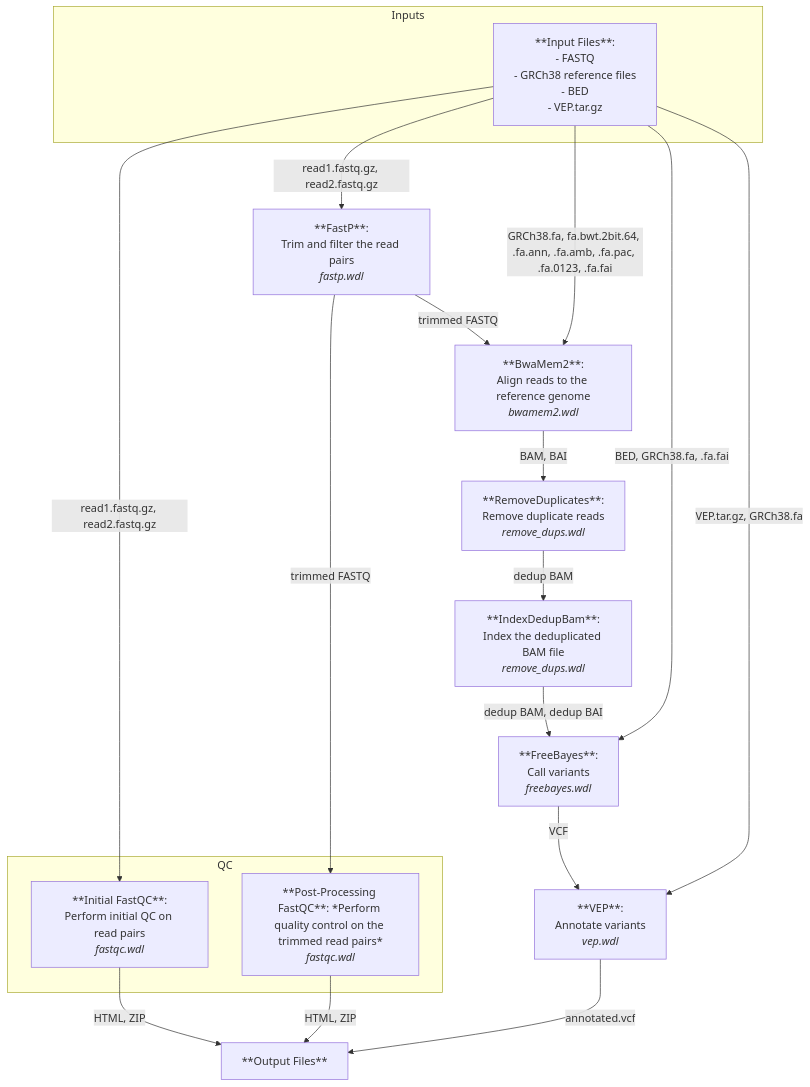
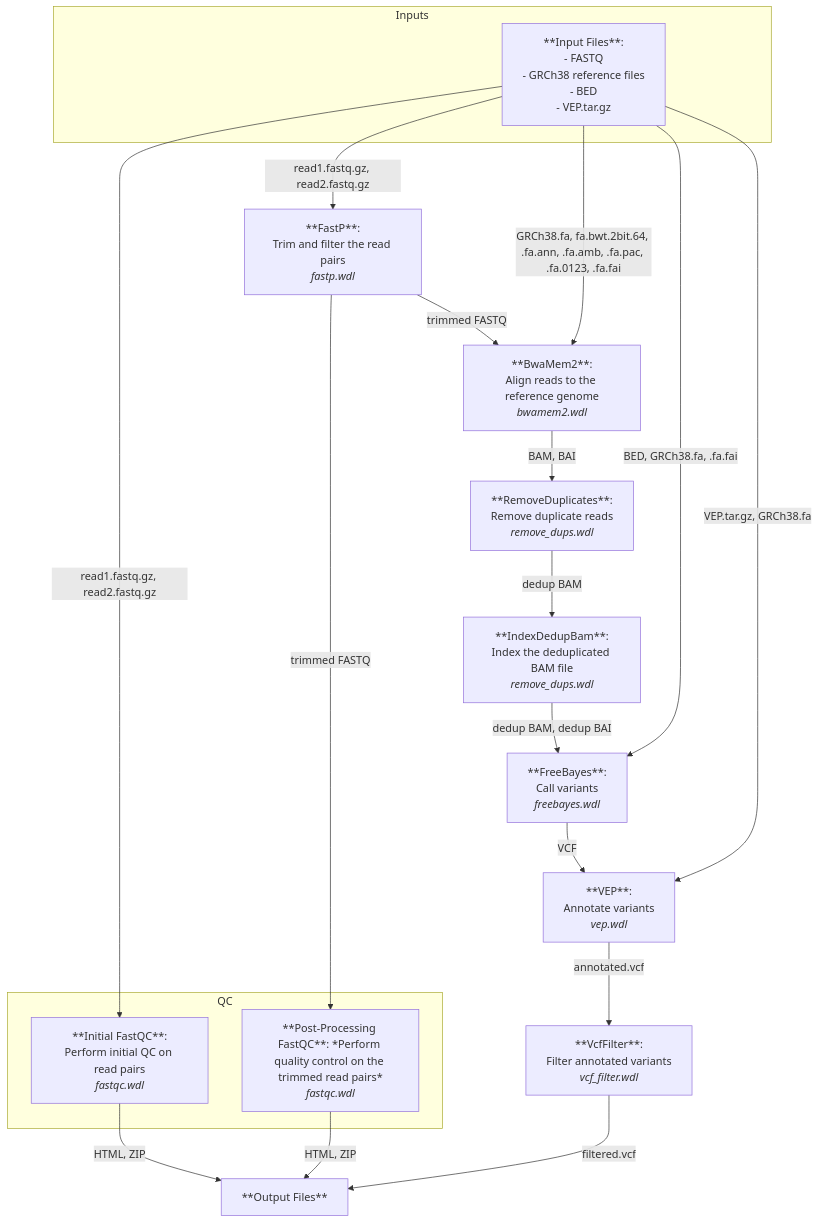
One commit to RobM687/software_mini_project changed the diagram in README.md. Above: the diagram before and after it, drawn with Mermaid. The commit also changed other lines of this file, not shown here.

Commit message:
Updated README to reflect new vcf_filter module, also added installation instructions and break down of inputs/outputs

````diff
--- a/README.md
+++ b/README.md
@@ -12,28 +16,30 @@
 ```mermaid
- graph TD
-    B[**Input Files**: <br>- FASTQ<br>- GRCh38 reference files<br>- BED<br>- VEP.tar.gz]
-    B -->|read1.fastq.gz, read2.fastq.gz| D[**Initial FastQC**:<br>Perform initial QC on read pairs<br><i>fastqc.wdl</i>]
-    B -->|read1.fastq.gz, read2.fastq.gz| E[**FastP**:<br>Trim and filter the read pairs<br><i>fastp.wdl</i>]
-    F[**Post-Processing FastQC**: *Perform quality control on the trimmed read pairs*<br><i>fastqc.wdl</i>]
-    E -->|trimmed FASTQ| F
-    B -->|GRCh38.fa, fa.bwt.2bit.64, .fa.ann, .fa.amb, .fa.pac, .fa.0123, .fa.fai| G[**BwaMem2**:<br>Align reads to the reference genome<br><i>bwamem2.wdl</i>]
-    E -->|trimmed FASTQ| G
-    G -->|BAM, BAI| K[**RemoveDuplicates**:<br>Remove duplicate reads<br><i>remove_dups.wdl</i>]
-    K -->|dedup BAM| L[**IndexDedupBam**:<br>Index the deduplicated BAM file<br><i>remove_dups.wdl</i>]
-    B -->|BED, GRCh38.fa, .fa.fai| H[**FreeBayes**:<br>Call variants<br><i>freebayes.wdl</i>]
-    L -->|dedup BAM, dedup BAI| H
-    B -->|VEP.tar.gz, GRCh38.fa| I[**VEP**:<br>Annotate variants<br><i>vep.wdl</i>]
-    H -->|VCF| I
-    D -->|HTML, ZIP| J
-    F -->|HTML, ZIP| J
-    I -->|annotated.vcf| J[**Output Files**]
+ 
+graph TD
+    A[**Input Files**: <br>- FASTQ<br>- GRCh38 reference files<br>- BED<br>- VEP.tar.gz]
+    A -->|read1.fastq.gz, read2.fastq.gz| B[**Initial FastQC**:<br>Perform initial QC on read pairs<br><i>fastqc.wdl</i>]
+    A -->|read1.fastq.gz, read2.fastq.gz| C[**FastP**:<br>Trim and filter the read pairs<br><i>fastp.wdl</i>]
+    D[**Post-Processing FastQC**: *Perform quality control on the trimmed read pairs*<br><i>fastqc.wdl</i>]
+    C -->|trimmed FASTQ| D
+    A -->|GRCh38.fa, fa.bwt.2bit.64, .fa.ann, .fa.amb, .fa.pac, .fa.0123, .fa.fai| E[**BwaMem2**:<br>Align reads to the reference genome<br><i>bwamem2.wdl</i>]
+    C -->|trimmed FASTQ| E
+    E -->|BAM, BAI| F[**RemoveDuplicates**:<br>Remove duplicate reads<br><i>remove_dups.wdl</i>]
+    F -->|dedup BAM| G[**IndexDedupBam**:<br>Index the deduplicated BAM file<br><i>remove_dups.wdl</i>]
+    A -->|BED, GRCh38.fa, .fa.fai| H[**FreeBayes**:<br>Call variants<br><i>freebayes.wdl</i>]
+    G -->|dedup BAM, dedup BAI| H
+    A -->|VEP.tar.gz, GRCh38.fa| I[**VEP**:<br>Annotate variants<br><i>vep.wdl</i>]
+    H -->|VCF| I
+    I -->|annotated.vcf| J[**VcfFilter**:<br>Filter annotated variants<br><i>vcf_filter.wdl</i>]
+    B -->|HTML, ZIP| K
+    D -->|HTML, ZIP| K
+    J -->|filtered.vcf| K[**Output Files**]
 
-    subgraph Inputs
-        B
-    end
+    subgraph Inputs
+        A
+    end
 
-    subgraph QC
-        D
-        F
-    end 
+    subgraph QC
+        B
+        D
+    end  
 ```
````
